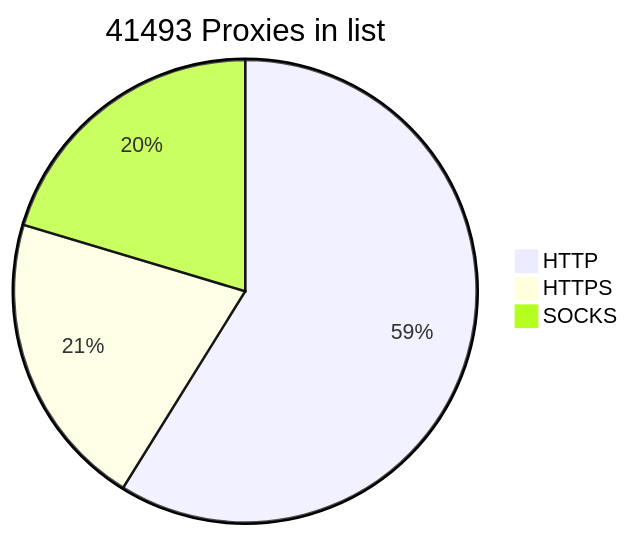
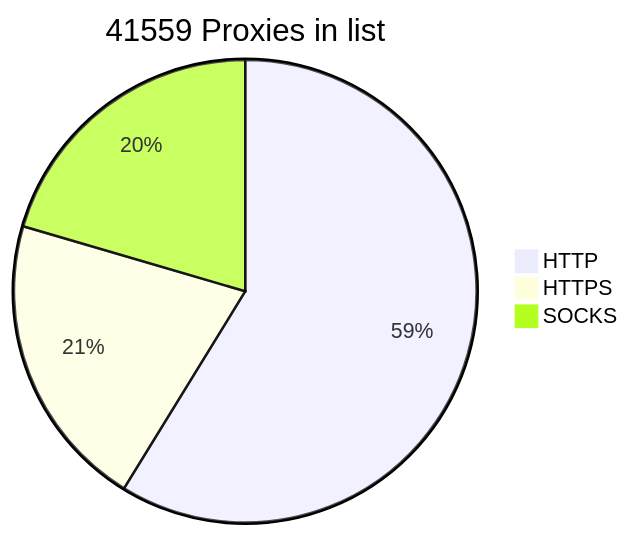
One commit to BlackSnowDot/proxylist-update-every-minute changed the diagram in README.md. Above: the diagram before and after it, drawn with Mermaid.

````diff
--- a/README.md
+++ b/README.md
@@ -2,6 +2,6 @@
 ```mermaid
-pie title 41493 Proxies in list
-    "HTTP" : 28333
+pie title 41559 Proxies in list
+    "HTTP" : 28337
     "HTTPS": 10006
-    "SOCKS" : 9805
+    "SOCKS" : 9869
 ```
````
